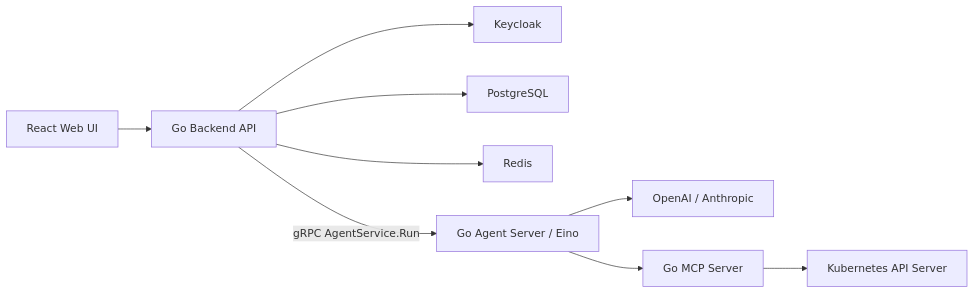
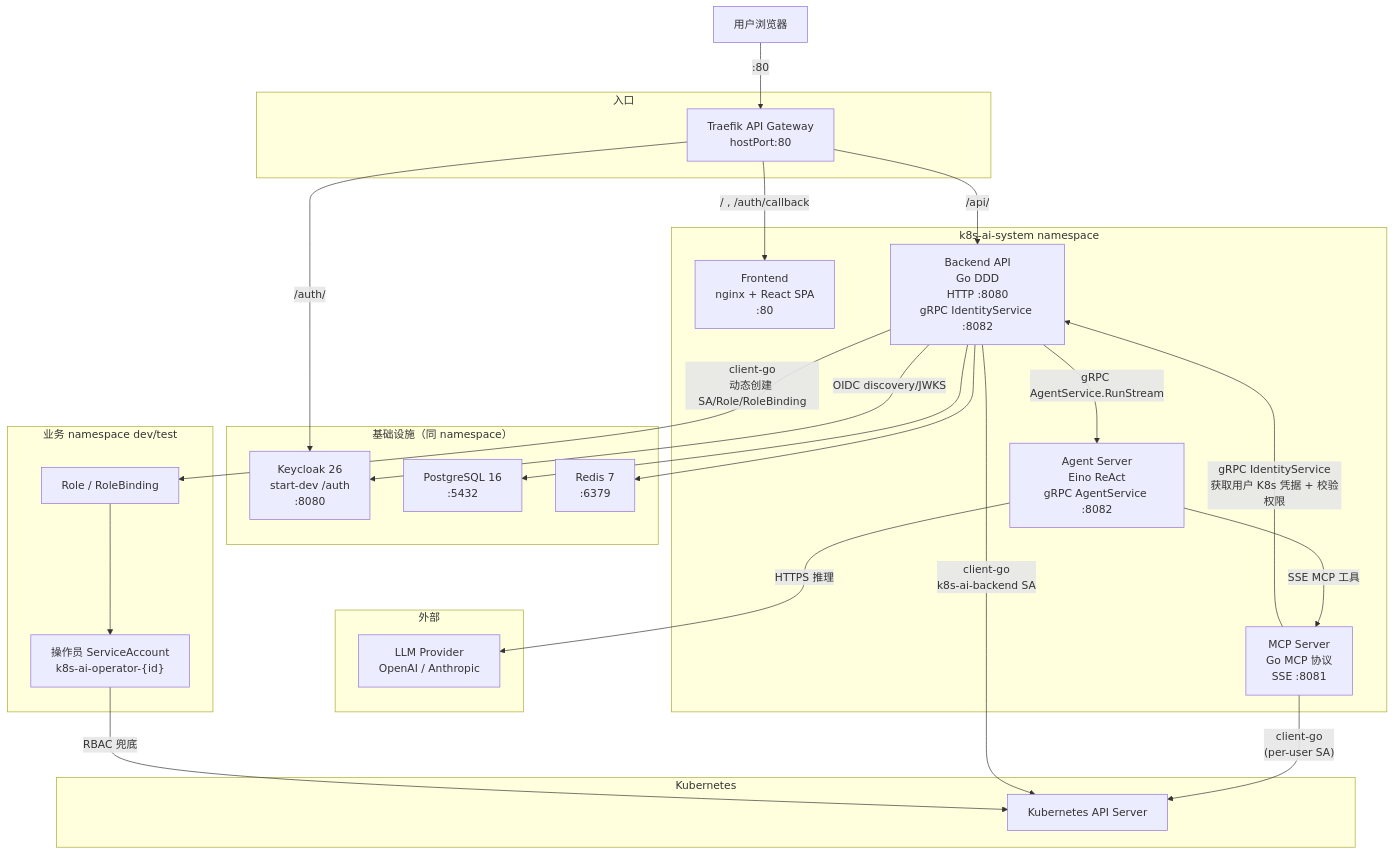
Before and after one commit to ZhaoXiangHeng/k8s-agent: the diagram in ARCHITECTURE.md, drawn with Mermaid. The commit also changed other lines of this file and 91 other files, not shown here.

````diff
--- a/ARCHITECTURE.md
+++ b/ARCHITECTURE.md
@@ -13,11 +7,56 @@
 ```mermaid
-flowchart LR
-  UI["React Web UI"] --> API["Go Backend API"]
-  API --> KC["Keycloak"]
-  API --> PG["PostgreSQL"]
-  API --> Redis["Redis"]
-  API -->|"gRPC AgentService.Run"| Agent["Go Agent Server / Eino"]
-  Agent --> LLM["OpenAI / Anthropic"]
-  Agent --> MCP["Go MCP Server"]
-  MCP --> K8S["Kubernetes API Server"]
+flowchart TB
+  User["用户浏览器"]
+
+  subgraph Gateway["入口"]
+    Traefik["Traefik API Gateway<br/>hostPort:80"]
+  end
+
+  subgraph SystemNS["k8s-ai-system namespace"]
+    FE["Frontend<br/>nginx + React SPA<br/>:80"]
+    API["Backend API<br/>Go DDD<br/>HTTP :8080<br/>gRPC IdentityService :8082"]
+    Agent["Agent Server<br/>Eino ReAct<br/>gRPC AgentService :8082"]
+    MCP["MCP Server<br/>Go MCP 协议<br/>SSE :8081"]
+  end
+
+  subgraph Infra["基础设施（同 namespace）"]
+    KC["Keycloak 26<br/>start-dev /auth<br/>:8080"]
+    PG["PostgreSQL 16<br/>:5432"]
+    Redis["Redis 7<br/>:6379"]
+  end
+
+  subgraph External["外部"]
+    LLM["LLM Provider<br/>OpenAI / Anthropic"]
+  end
+
+  subgraph BizNS["业务 namespace dev/test"]
+    SA["操作员 ServiceAccount<br/>k8s-ai-operator-{id}"]
+    Role["Role / RoleBinding"]
+  end
+
+  subgraph K8SCluster["Kubernetes"]
+    K8S["Kubernetes API Server"]
+  end
+
+  User -->|":80"| Traefik
+
+  Traefik -->|"/ , /auth/callback"| FE
+  Traefik -->|"/api/"| API
+  Traefik -->|"/auth/"| KC
+
+  API -->|"OIDC discovery/JWKS"| KC
+  API --> PG
+  API --> Redis
+  API -->|"gRPC AgentService.RunStream"| Agent
+
+  Agent -->|"SSE MCP 工具"| MCP
+  Agent -->|"HTTPS 推理"| LLM
+
+  MCP -->|"gRPC IdentityService<br/>获取用户 K8s 凭据 + 校验权限"| API
+  MCP -->|"client-go<br/>(per-user SA)"| K8S
+
+  API -->|"client-go<br/>动态创建 SA/Role/RoleBinding"| Role
+  API -->|"client-go<br/>k8s-ai-backend SA"| K8S
+  Role --> SA
+  SA -->|"RBAC 兜底"| K8S
 ```
````
